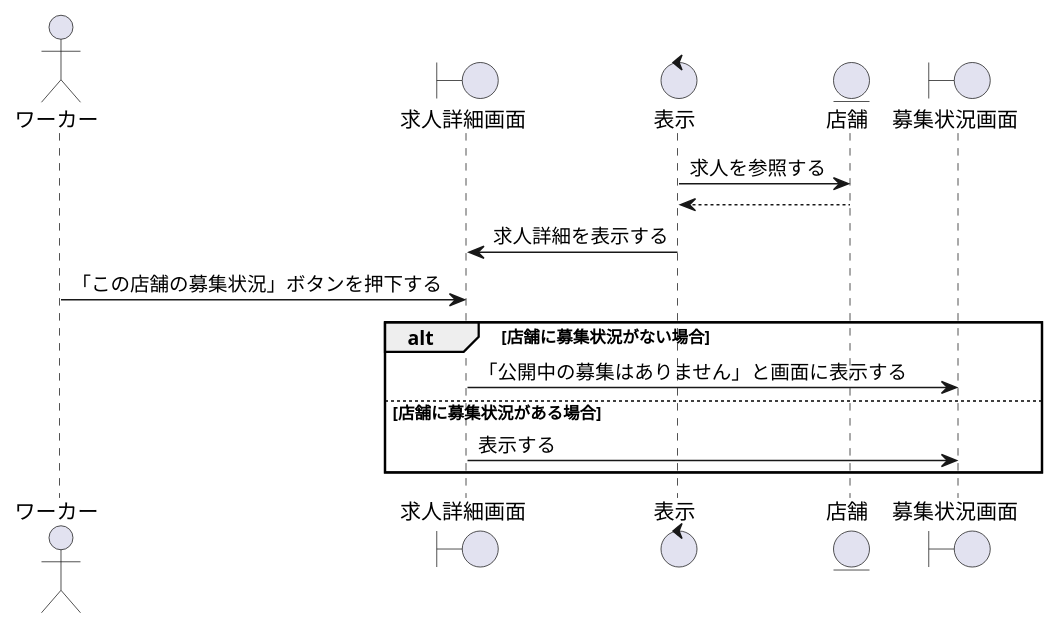
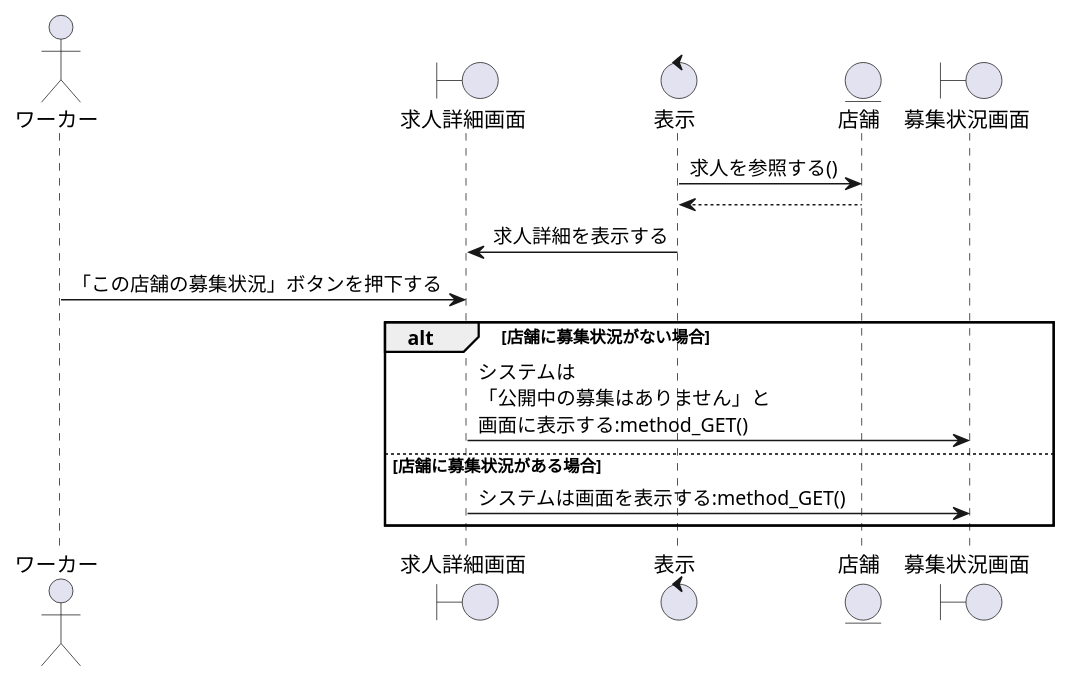
Before and after one commit to irukacb256/high_Me: the diagram in sequence_fig/2_search_fn/06_店舗の募集状況を閲覧する.pu, drawn with PlantUML. The commit also changed 21 other files, not shown here.

```diff
--- a/sequence_fig/2_search_fn/06_店舗の募集状況を閲覧する.pu
+++ b/sequence_fig/2_search_fn/06_店舗の募集状況を閲覧する.pu
@@ -1,27 +1,27 @@
 @startuml 店舗の募集状況を閲覧する
 
 ' 1
 actor ワーカー as wo1
 boundary 求人詳細画面 as jd1
 control 表示 as co1
 
 entity 店舗 as en1
 boundary 募集状況画面 as rs1
 
 ' 2
-co1 -> en1 : 求人を参照する
+co1 -> en1 : 求人を参照する()
 en1 --> co1 
 
 co1 -> jd1 : 求人詳細を表示する
 
 wo1 -> jd1 : 「この店舗の募集状況」ボタンを押下する
 
 alt 店舗に募集状況がない場合
-    jd1 -> rs1 : 「公開中の募集はありません」と画面に表示する
+    jd1 -> rs1 : システムは\n「公開中の募集はありません」と\n画面に表示する:method_GET()
 
 else 店舗に募集状況がある場合
-    jd1 -> rs1 : 表示する
+    jd1 -> rs1 : システムは画面を表示する:method_GET()
 
 end
 
 @enduml
```
